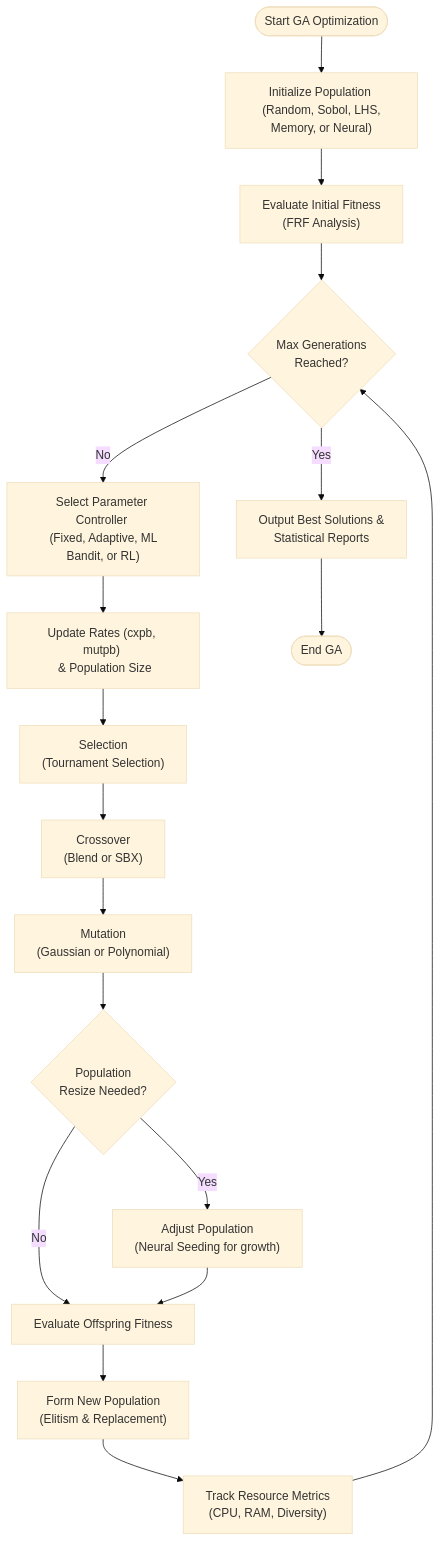
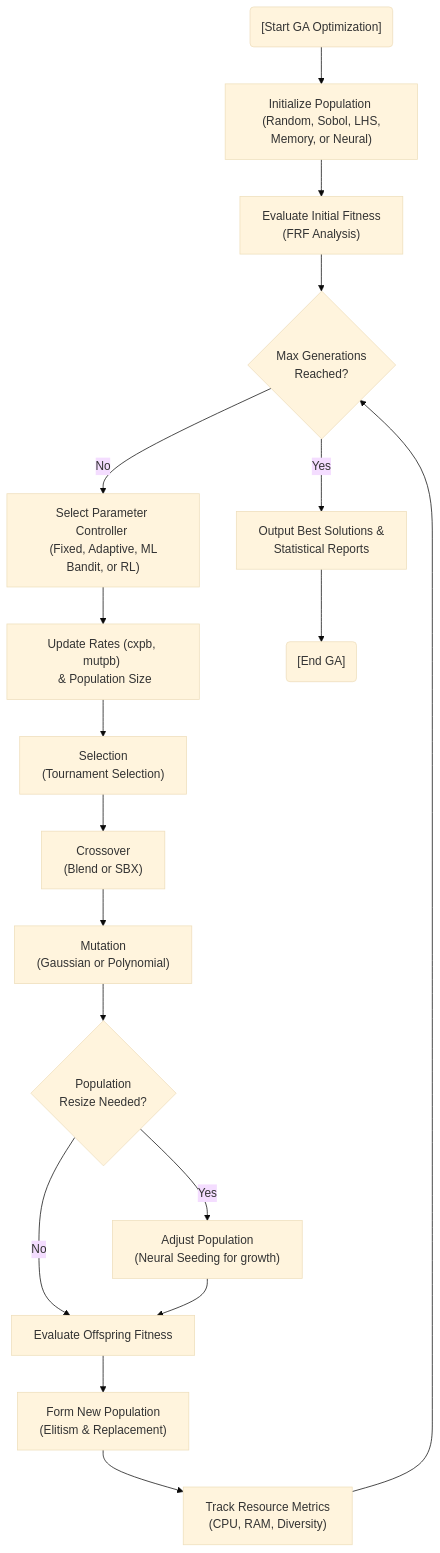
One commit to mahan2079/DeVana changed the first of 2 diagrams in Documents/Algorithms/GA.md. Above: the diagram before and after it, drawn with Mermaid (base theme). The commit also changed other lines of this file and 495 other files, not shown here.

````diff
--- a/Documents/Algorithms/GA.md
+++ b/Documents/Algorithms/GA.md
@@ -9,28 +9,28 @@
 ```mermaid
 flowchart TD
-    Start([Start GA Optimization]) --> Init["Initialize Population <br/> (Random, Sobol, LHS, Memory, or Neural)"]
+    Start("[Start GA Optimization]") --> Init["Initialize Population <br/> (Random, Sobol, LHS, Memory, or Neural)"]
     Init --> Eval["Evaluate Initial Fitness <br/> (FRF Analysis)"]
     
-    Eval --> GenLoop{Max Generations <br/> Reached?}
+    Eval --> GenLoop{"Max Generations <br/> Reached?"}
     
     GenLoop -- No --> SelectController["Select Parameter Controller <br/> (Fixed, Adaptive, ML Bandit, or RL)"]
     
     SelectController --> AdaptLogic["Update Rates (cxpb, mutpb) <br/> & Population Size"]
     
     AdaptLogic --> Selection["Selection <br/> (Tournament Selection)"]
     Selection --> Crossover["Crossover <br/> (Blend or SBX)"]
     Crossover --> Mutation["Mutation <br/> (Gaussian or Polynomial)"]
     
     Mutation --> Resize{"Population <br/> Resize Needed?"}
     Resize -- Yes --> ResizeLogic["Adjust Population <br/> (Neural Seeding for growth)"]
     Resize -- No --> EvalOffspring["Evaluate Offspring Fitness"]
     ResizeLogic --> EvalOffspring
     
     EvalOffspring --> Replace["Form New Population <br/> (Elitism & Replacement)"]
     Replace --> Metrics["Track Resource Metrics <br/> (CPU, RAM, Diversity)"]
     
     Metrics --> GenLoop
     
     GenLoop -- Yes --> Output["Output Best Solutions & <br/> Statistical Reports"]
-    Output --> End([End GA])
+    Output --> End("[End GA]")
 ```
````
